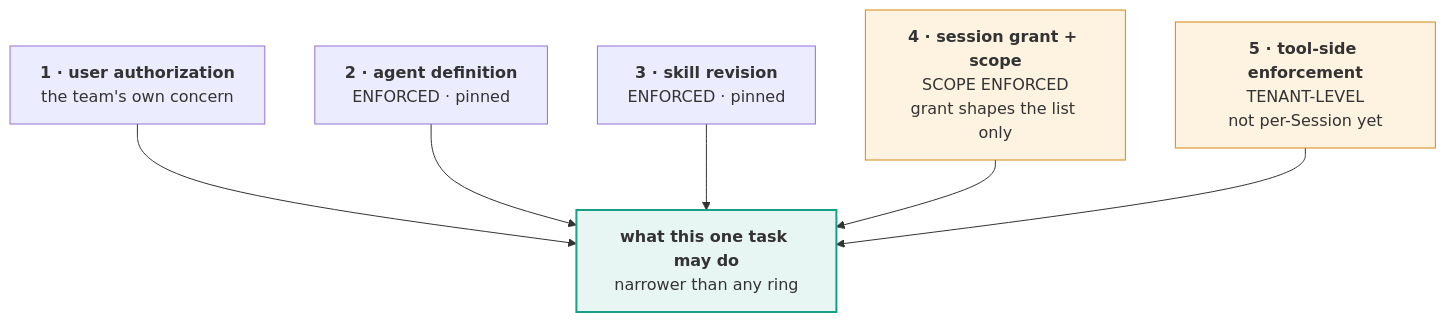
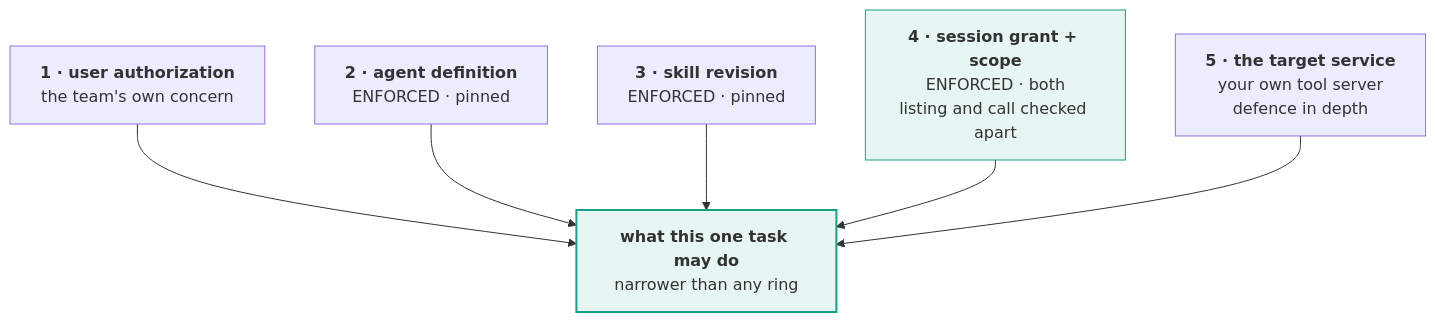
One commit to celestialdust/managed-agent-platform changed the diagram in .github/readme/03-five-rings.mmd. Above: the diagram before and after it, drawn with Mermaid. The commit also changed 231 other files, not shown here.

```diff
--- a/.github/readme/03-five-rings.mmd
+++ b/.github/readme/03-five-rings.mmd
@@ -1,25 +1,24 @@
 flowchart TD
     R1["`**1 · user authorization**
 the team's own concern`"]
     R2["`**2 · agent definition**
 ENFORCED · pinned`"]
     R3["`**3 · skill revision**
 ENFORCED · pinned`"]
     R4["`**4 · session grant + scope**
-SCOPE ENFORCED
-grant shapes the list only`"]
-    R5["`**5 · tool-side enforcement**
-TENANT-LEVEL
-not per-Session yet`"]
+ENFORCED · both
+listing and call checked apart`"]
+    R5["`**5 · the target service**
+your own tool server
+defence in depth`"]
     OUT["`**what this one task may do**
 narrower than any ring`"]
 
     R1 --> OUT
     R2 --> OUT
     R3 --> OUT
     R4 --> OUT
     R5 --> OUT
 
     style OUT fill:#e8f6f3,stroke:#16a085,stroke-width:2px
-    style R4 fill:#fdf3e0,stroke:#d68910
-    style R5 fill:#fdf3e0,stroke:#d68910
+    style R4 fill:#e8f6f3,stroke:#16a085
```
